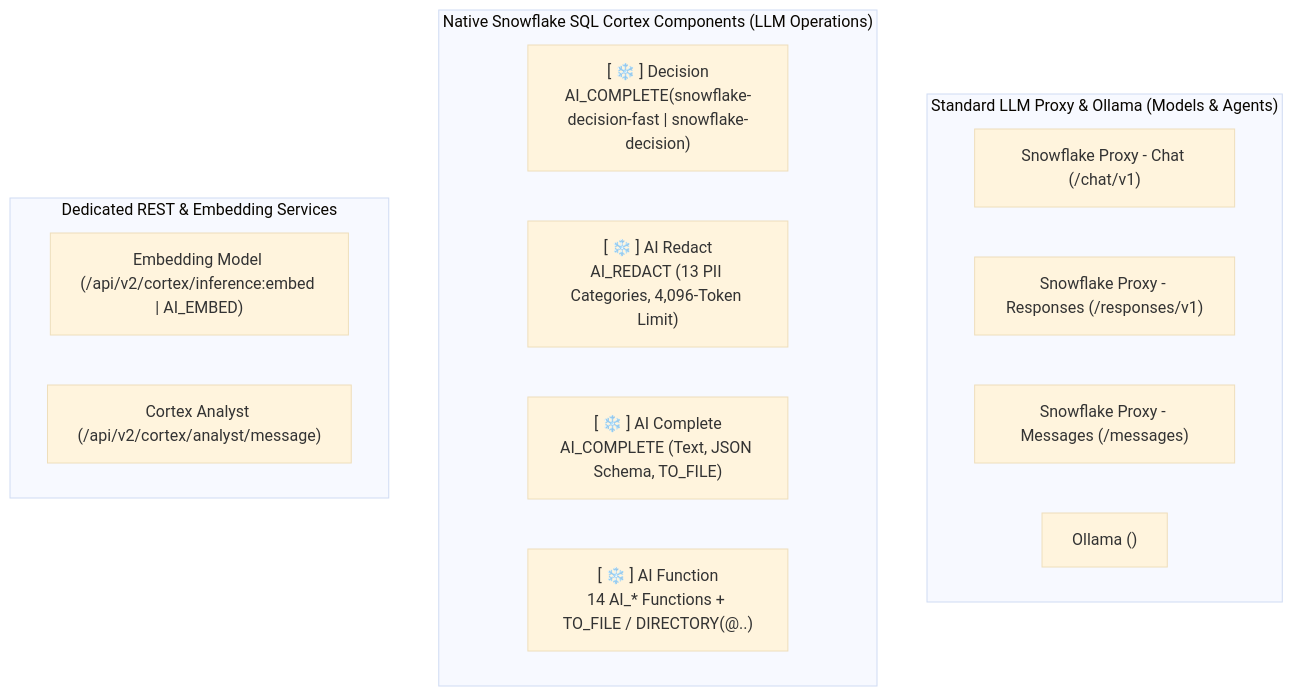
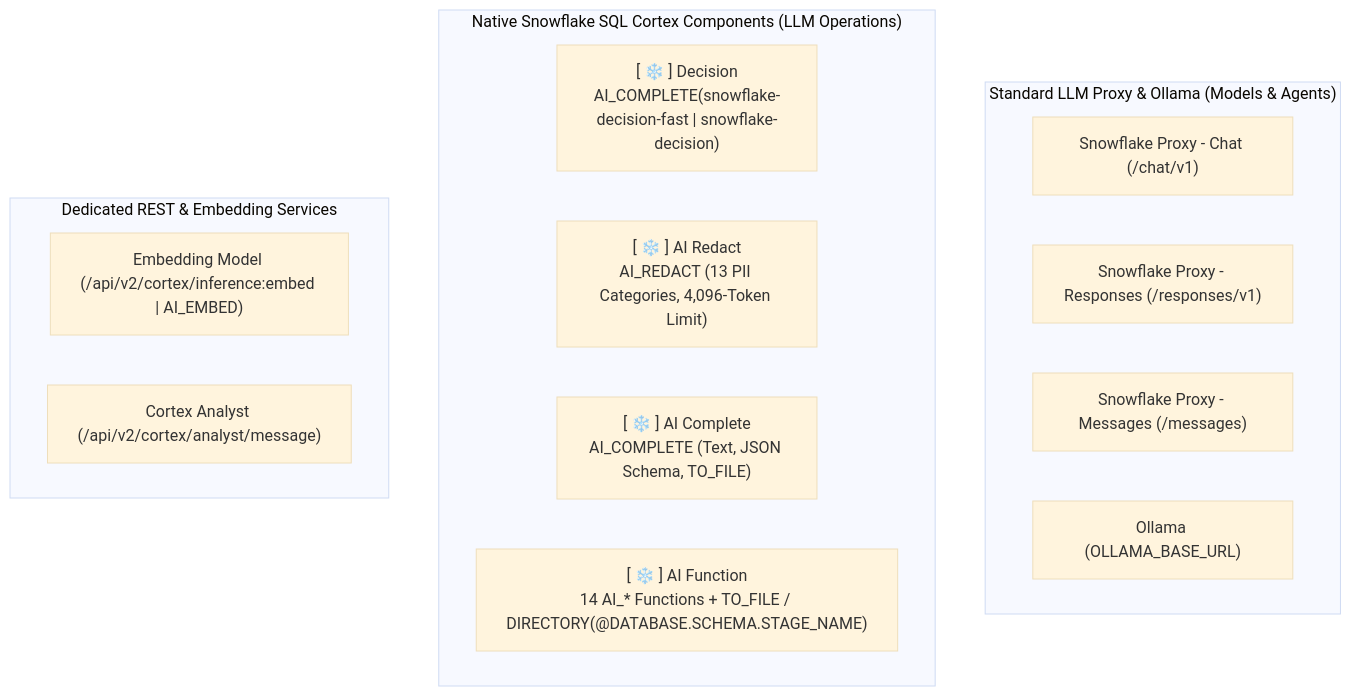
The diagram in docs/ADR/ADR-006.md (fbattaglieri-snowflake/Native-Snowflake-Langflow), drawn with Mermaid (base theme) before and after one commit. The commit also changed 6 other files, not shown here.

First line of the commit message:
Rewrite README for readability and fix Mermaid diagrams that GitHub could not render

````diff
--- a/docs/ADR/ADR-006.md
+++ b/docs/ADR/ADR-006.md
@@ -26,21 +26,21 @@
 ```mermaid
 flowchart TB
     subgraph Proxy["Standard LLM Proxy & Ollama (Models & Agents)"]
         Chat["Snowflake Proxy - Chat (/chat/v1)"]
         Resp["Snowflake Proxy - Responses (/responses/v1)"]
         Msgs["Snowflake Proxy - Messages (/messages)"]
-        Ollama["Ollama (<OLLAMA_BASE_URL>)"]
+        Ollama["Ollama (OLLAMA_BASE_URL)"]
     end
 
     subgraph CortexSQL["Native Snowflake SQL Cortex Components (LLM Operations)"]
-        Dec["[ ❄️ ] Decision\nAI_COMPLETE(snowflake-decision-fast | snowflake-decision)"]
-        Red["[ ❄️ ] AI Redact\nAI_REDACT (13 PII Categories, 4,096-Token Limit)"]
-        AIC["[ ❄️ ] AI Complete\nAI_COMPLETE (Text, JSON Schema, TO_FILE)"]
-        AIF["[ ❄️ ] AI Function\n14 AI_* Functions + TO_FILE / DIRECTORY(@<DATABASE>.<SCHEMA>.<STAGE_NAME>)"]
+        Dec["[ ❄️ ] Decision<br/>AI_COMPLETE(snowflake-decision-fast | snowflake-decision)"]
+        Red["[ ❄️ ] AI Redact<br/>AI_REDACT (13 PII Categories, 4,096-Token Limit)"]
+        AIC["[ ❄️ ] AI Complete<br/>AI_COMPLETE (Text, JSON Schema, TO_FILE)"]
+        AIF["[ ❄️ ] AI Function<br/>14 AI_* Functions + TO_FILE / DIRECTORY(@DATABASE.SCHEMA.STAGE_NAME)"]
     end
 
     subgraph Dedicated["Dedicated REST & Embedding Services"]
         Emb["Embedding Model (/api/v2/cortex/inference:embed | AI_EMBED)"]
         Analyst["Cortex Analyst (/api/v2/cortex/analyst/message)"]
     end
 ```
````
